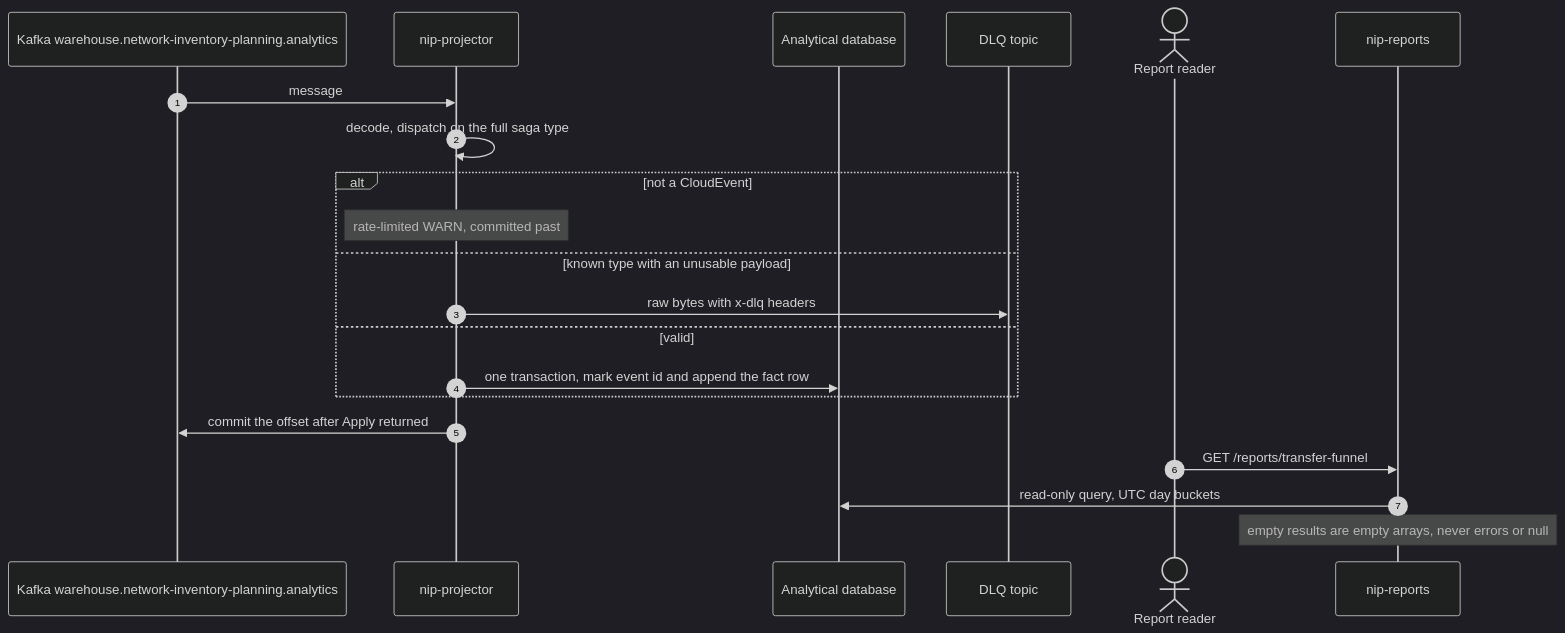
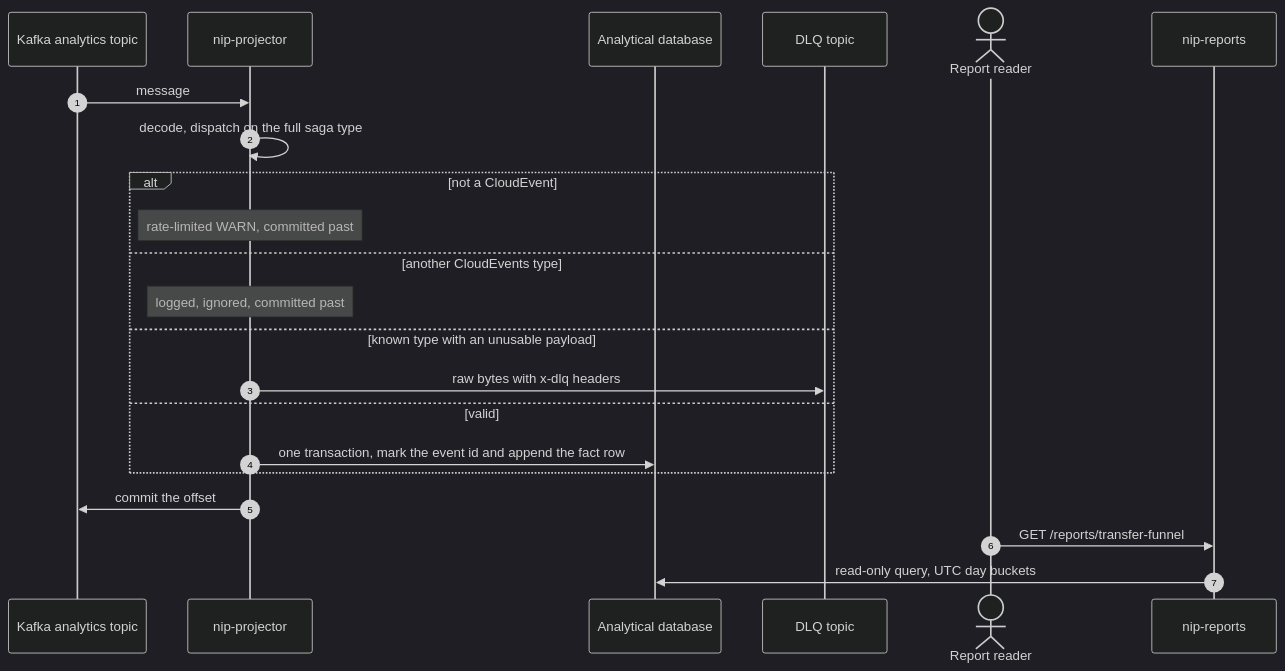
The eighth of 8 diagrams in docs/contexts/network-inventory-planning/sequence-diagrams.md (IQVO/warehouse-docs), drawn with Mermaid (dark theme) before and after one commit. The commit also changed other lines of this file and 115 other files, not shown here.

````diff
--- a/docs/contexts/network-inventory-planning/sequence-diagrams.md
+++ b/docs/contexts/network-inventory-planning/sequence-diagrams.md
@@ -223,23 +211,24 @@
 ```mermaid
 sequenceDiagram
   autonumber
-  participant K as Kafka warehouse.network-inventory-planning.analytics
+  participant K as Kafka analytics topic
   participant P as nip-projector
   participant A as Analytical database
   participant D as DLQ topic
   actor Client as Report reader
   participant R as nip-reports
   K->>P: message
   P->>P: decode, dispatch on the full saga type
   alt not a CloudEvent
     Note over P: rate-limited WARN, committed past
+  else another CloudEvents type
+    Note over P: logged, ignored, committed past
   else known type with an unusable payload
     P->>D: raw bytes with x-dlq headers
   else valid
-    P->>A: one transaction, mark event id and append the fact row
+    P->>A: one transaction, mark the event id and append the fact row
   end
-  P->>K: commit the offset after Apply returned
+  P->>K: commit the offset
   Client->>R: GET /reports/transfer-funnel
   R->>A: read-only query, UTC day buckets
-  Note over R: empty results are empty arrays, never errors or null
 ```
````
